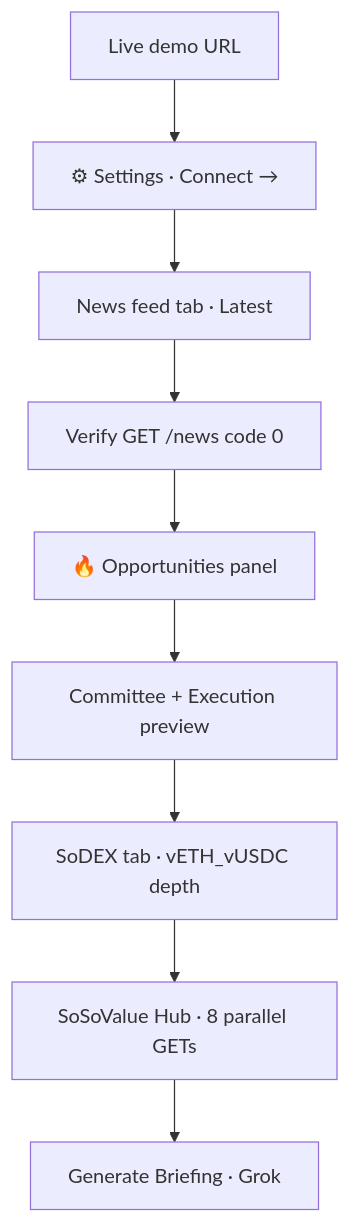
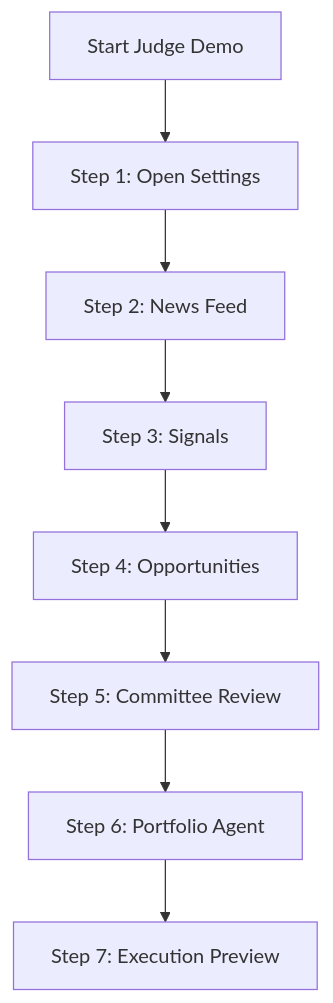
Before and after one commit to Nanle-code/CryptoDesk: diagram 18 of 18 in cryptodesk/README.md, drawn with Mermaid. The commit also changed other lines of this file and 28 other files, not shown here.

````diff
--- a/cryptodesk/README.md
+++ b/cryptodesk/README.md
@@ -987,11 +1117,10 @@
 ```mermaid
 flowchart TD
-    A[Live demo URL] --> B[⚙ Settings · Connect →]
-    B --> C[News feed tab · Latest]
-    C --> D[Verify GET /news code 0]
-    D --> E[🔥 Opportunities panel]
-    E --> F[Committee + Execution preview]
-    F --> G[SoDEX tab · vETH_vUSDC depth]
-    G --> H[SoSoValue Hub · 8 parallel GETs]
-    H --> I[Generate Briefing · Grok]
+    A["Start Judge Demo"] --> B["Step 1: Open Settings"]
+    B --> C["Step 2: News Feed"]
+    C --> D["Step 3: Signals"]
+    D --> E["Step 4: Opportunities"]
+    E --> F["Step 5: Committee Review"]
+    F --> G["Step 6: Portfolio Agent"]
+    G --> H["Step 7: Execution Preview"]
 ```
````
